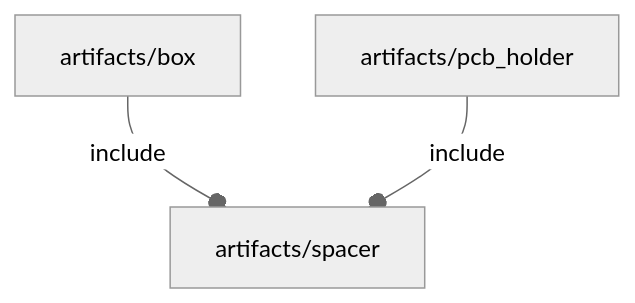
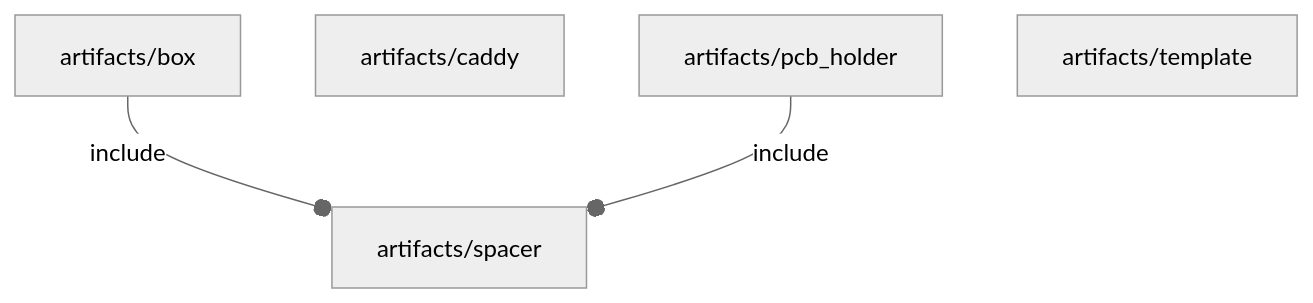
Before and after one commit to ggabbiani/OFL: the diagram in orthodocs/artifacts/deps.md, drawn with Mermaid (neutral theme). The commit also changed 1 other file, not shown here.

Commit message:
fixed isolated nodes bug

````diff
--- a/orthodocs/artifacts/deps.md
+++ b/orthodocs/artifacts/deps.md
@@ -3,5 +3,8 @@
 ```mermaid
 graph TD
     A1[artifacts/box] --o|include| A2[artifacts/spacer]
-    A3[artifacts/pcb_holder] --o|include| A2
+    A3[artifacts/caddy]
+    A4[artifacts/pcb_holder] --o|include| A2
+    A2
+    A5[artifacts/template]
 ```
````
